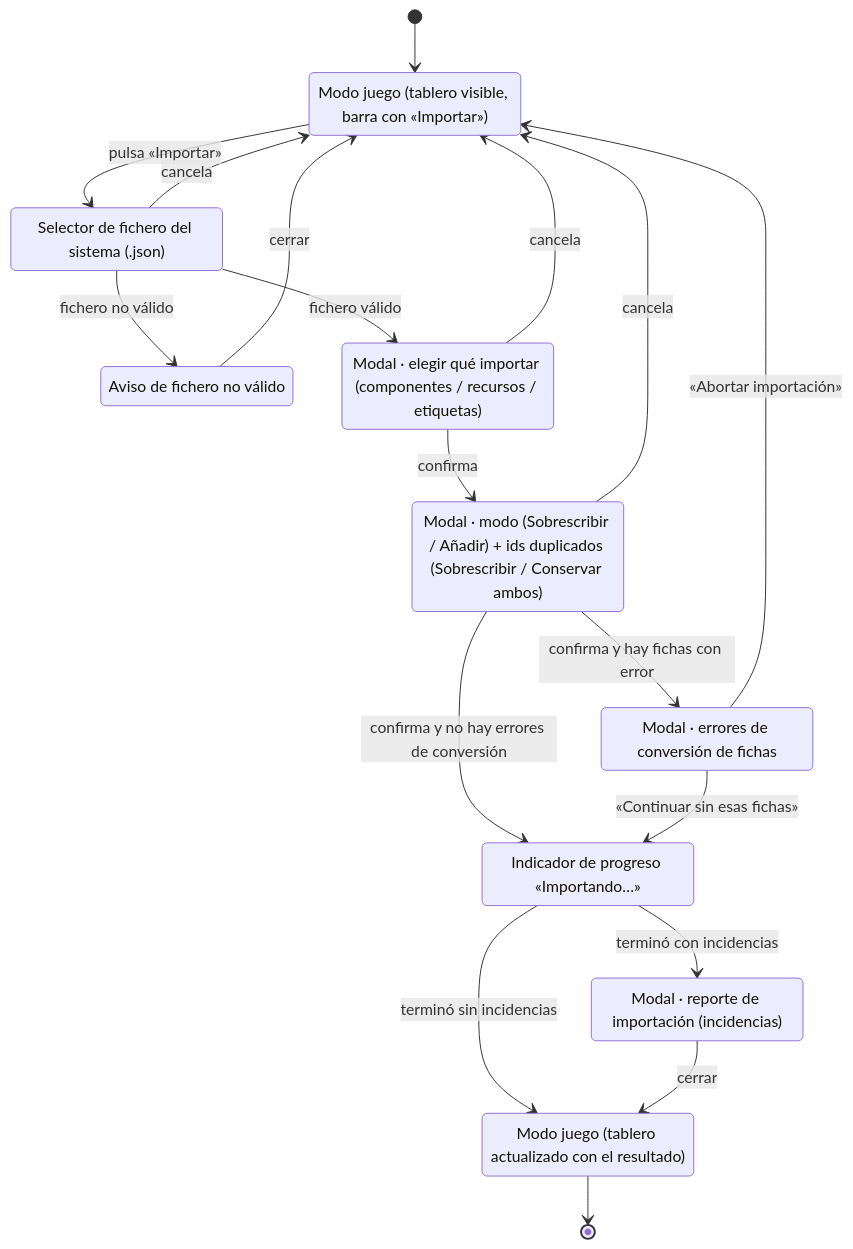
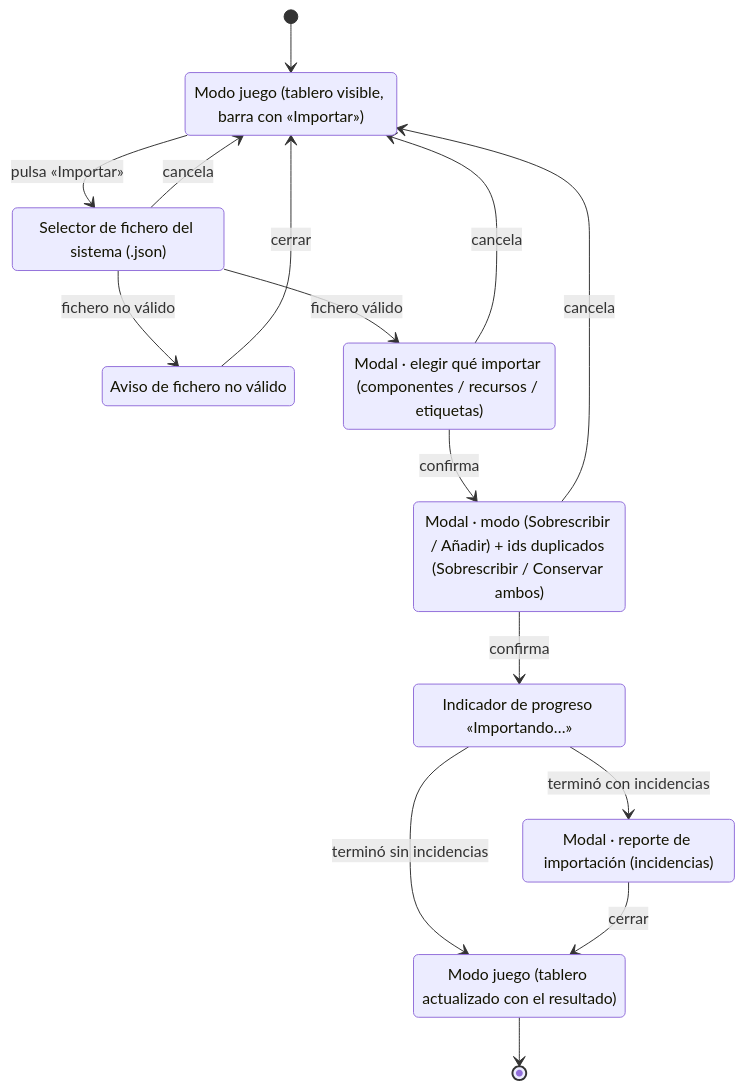
The diagram in previo-sdd/design/docs/features/032-exportar-importar-componentes-en-json-con-seleccion.md (yeyopepe/bgfactory), drawn with Mermaid before and after one commit. The commit also changed other lines of this file and 42 other files, not shown here.

````diff
--- a/previo-sdd/design/docs/features/032-exportar-importar-componentes-en-json-con-seleccion.md
+++ b/previo-sdd/design/docs/features/032-exportar-importar-componentes-en-json-con-seleccion.md
@@ -20,36 +18,31 @@
 ```mermaid
 stateDiagram-v2
     [*] --> ModoJuego
 
     ModoJuego: Modo juego (tablero visible, barra con «Importar»)
     SelectorFichero: Selector de fichero del sistema (.json)
     AvisoError: Aviso de fichero no válido
     ModalSeleccion: Modal · elegir qué importar (componentes / recursos / etiquetas)
     ModalConfirmacion: Modal · modo (Sobrescribir / Añadir) + ids duplicados (Sobrescribir / Conservar ambos)
-    ModalErroresConversion: Modal · errores de conversión de fichas
     Progreso: Indicador de progreso «Importando…»
     ModalReporte: Modal · reporte de importación (incidencias)
     ModoJuegoActualizado: Modo juego (tablero actualizado con el resultado)
 
     ModoJuego --> SelectorFichero : pulsa «Importar»
     SelectorFichero --> ModoJuego : cancela
     SelectorFichero --> AvisoError : fichero no válido
     AvisoError --> ModoJuego : cerrar
     SelectorFichero --> ModalSeleccion : fichero válido
 
     ModalSeleccion --> ModoJuego : cancela
     ModalSeleccion --> ModalConfirmacion : confirma
 
     ModalConfirmacion --> ModoJuego : cancela
-    ModalConfirmacion --> ModalErroresConversion : confirma y hay fichas con error
-    ModalConfirmacion --> Progreso : confirma y no hay errores de conversión
-
-    ModalErroresConversion --> ModoJuego : «Abortar importación»
-    ModalErroresConversion --> Progreso : «Continuar sin esas fichas»
+    ModalConfirmacion --> Progreso : confirma
 
     Progreso --> ModalReporte : terminó con incidencias
     Progreso --> ModoJuegoActualizado : terminó sin incidencias
     ModalReporte --> ModoJuegoActualizado : cerrar
 
     ModoJuegoActualizado --> [*]
 ```
````
